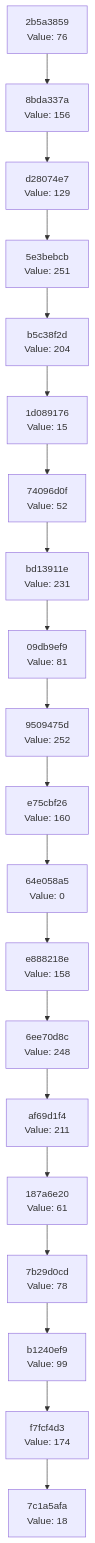
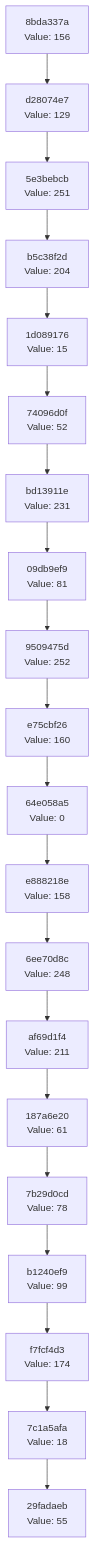
The diagram in docs/CHAIN_VISUALIZATION.md (Abhisheksinha1506/hash-chain-evolver), drawn with Mermaid before and after one commit. The commit also changed 2 other files, not shown here.

Commit message:
Evolution Step

````diff
--- a/docs/CHAIN_VISUALIZATION.md
+++ b/docs/CHAIN_VISUALIZATION.md
@@ -3,42 +3,42 @@
 ```mermaid
 graph TD
-    C0["7c1a5afa<br/>Value: 18"]
-    C1["f7fcf4d3<br/>Value: 174"]
+    C0["29fadaeb<br/>Value: 55"]
+    C1["7c1a5afa<br/>Value: 18"]
     C1 --> C0
-    C2["b1240ef9<br/>Value: 99"]
+    C2["f7fcf4d3<br/>Value: 174"]
     C2 --> C1
-    C3["7b29d0cd<br/>Value: 78"]
+    C3["b1240ef9<br/>Value: 99"]
     C3 --> C2
-    C4["187a6e20<br/>Value: 61"]
+    C4["7b29d0cd<br/>Value: 78"]
     C4 --> C3
-    C5["af69d1f4<br/>Value: 211"]
+    C5["187a6e20<br/>Value: 61"]
     C5 --> C4
-    C6["6ee70d8c<br/>Value: 248"]
+    C6["af69d1f4<br/>Value: 211"]
     C6 --> C5
-    C7["e888218e<br/>Value: 158"]
+    C7["6ee70d8c<br/>Value: 248"]
     C7 --> C6
-    C8["64e058a5<br/>Value: 0"]
+    C8["e888218e<br/>Value: 158"]
     C8 --> C7
-    C9["e75cbf26<br/>Value: 160"]
+    C9["64e058a5<br/>Value: 0"]
     C9 --> C8
-    C10["9509475d<br/>Value: 252"]
+    C10["e75cbf26<br/>Value: 160"]
     C10 --> C9
-    C11["09db9ef9<br/>Value: 81"]
+    C11["9509475d<br/>Value: 252"]
     C11 --> C10
-    C12["bd13911e<br/>Value: 231"]
+    C12["09db9ef9<br/>Value: 81"]
     C12 --> C11
-    C13["74096d0f<br/>Value: 52"]
+    C13["bd13911e<br/>Value: 231"]
     C13 --> C12
-    C14["1d089176<br/>Value: 15"]
+    C14["74096d0f<br/>Value: 52"]
     C14 --> C13
-    C15["b5c38f2d<br/>Value: 204"]
+    C15["1d089176<br/>Value: 15"]
     C15 --> C14
-    C16["5e3bebcb<br/>Value: 251"]
+    C16["b5c38f2d<br/>Value: 204"]
     C16 --> C15
-    C17["d28074e7<br/>Value: 129"]
+    C17["5e3bebcb<br/>Value: 251"]
     C17 --> C16
-    C18["8bda337a<br/>Value: 156"]
+    C18["d28074e7<br/>Value: 129"]
     C18 --> C17
-    C19["2b5a3859<br/>Value: 76"]
+    C19["8bda337a<br/>Value: 156"]
     C19 --> C18
 ```
````
